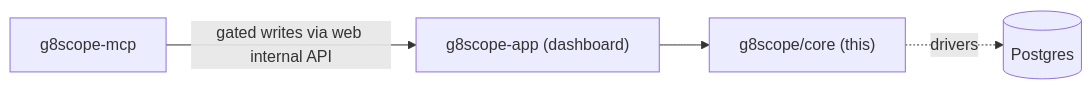
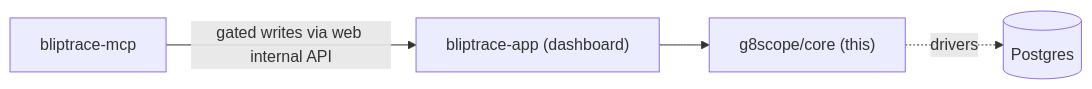
Before and after one commit to bliptrace/bliptrace-core: the diagram in docs/architecture.md, drawn with Mermaid. The commit also changed other lines of this file and 9 other files, not shown here.

````diff
--- a/docs/architecture.md
+++ b/docs/architecture.md
@@ -14,6 +14,6 @@
 ```mermaid
 flowchart LR
-  Web["g8scope-app (dashboard)"] --> Core["g8scope/core (this)"]
-  MCP["g8scope-mcp"] -->|gated writes via web internal API| Web
+  Web["bliptrace-app (dashboard)"] --> Core["g8scope/core (this)"]
+  MCP["bliptrace-mcp"] -->|gated writes via web internal API| Web
   Core -. drivers .-> PG[("Postgres")]
 ```
````
